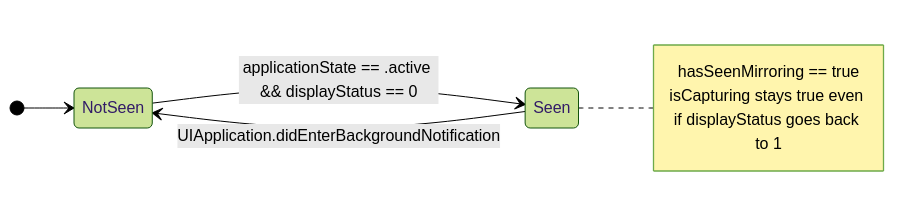
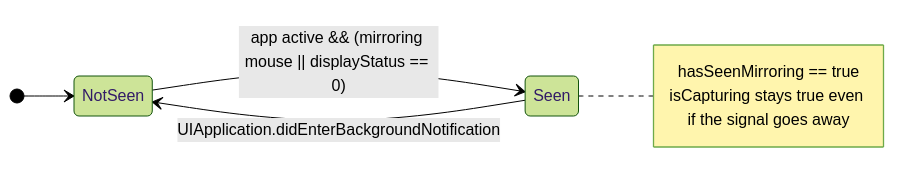
Before and after one commit to SloMR/CaptureGuard: the fifth of 6 diagrams in docs/how-it-works.md, drawn with Mermaid (forest theme). The commit also changed other lines of this file and 1 other file, not shown here.

Commit message:
Document the mirroring mouse and the signals that failed

````diff
--- a/docs/how-it-works.md
+++ b/docs/how-it-works.md
@@ -122,11 +123,11 @@
 ```mermaid
 stateDiagram-v2
     direction LR
     [*] --> NotSeen
-    NotSeen --> Seen: applicationState == .active && displayStatus == 0
+    NotSeen --> Seen: app active && (mirroring mouse || displayStatus == 0)
     Seen --> NotSeen: UIApplication.didEnterBackgroundNotification
     note right of Seen
         hasSeenMirroring == true
-        isCapturing stays true even if displayStatus goes back to 1
+        isCapturing stays true even if the signal goes away
     end note
 ```
````
